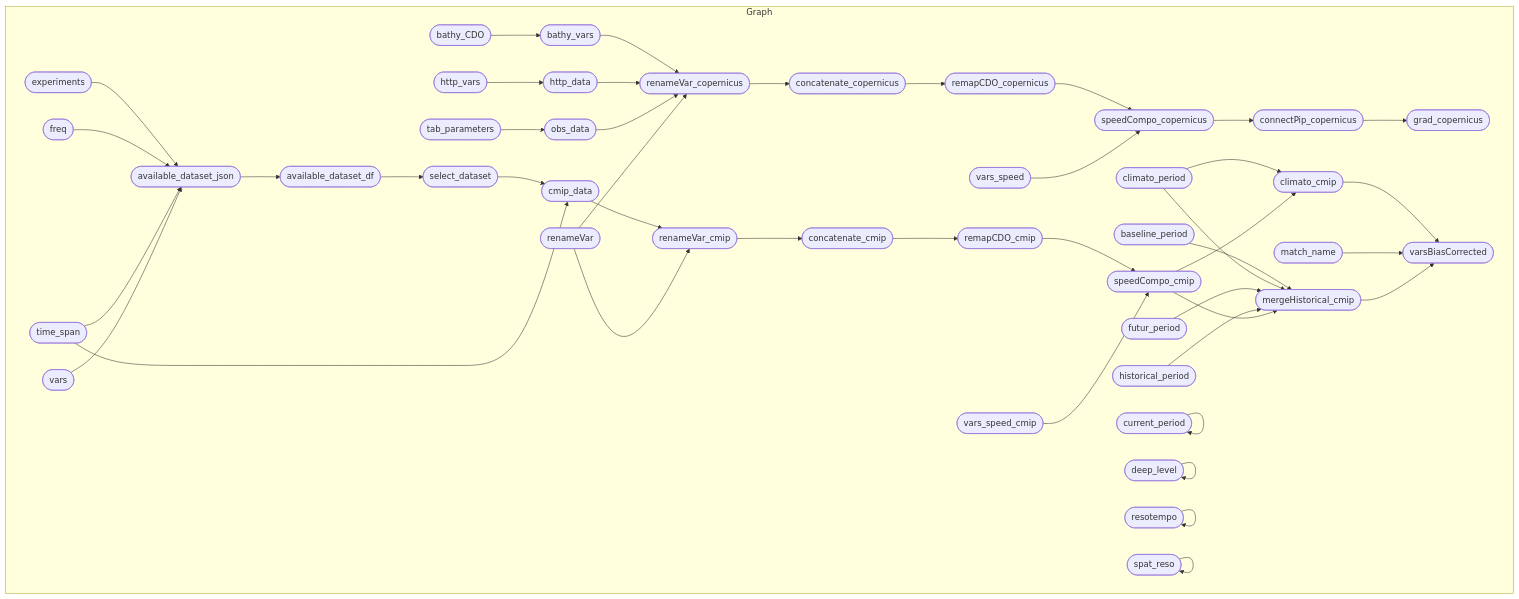
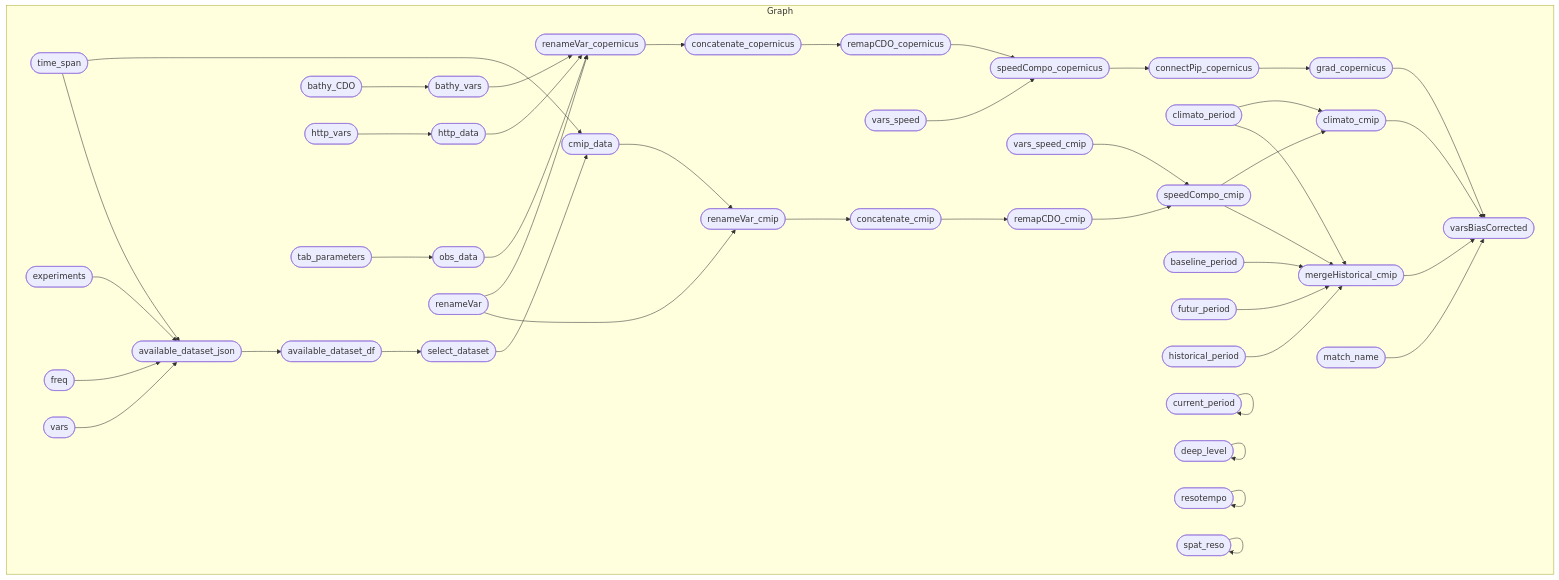
One commit to r-fernandezz/downshape changed the diagram in README.md. Above: the diagram before and after it, drawn with Mermaid. The commit also changed 2 other files, not shown here.

Commit message:
📝 DOC: connect the two pipelines "copernicus" and "cmip6" on mermaid graph

````diff
--- a/README.md
+++ b/README.md
@@ -25,47 +25,48 @@
 ``` mermaid
 graph LR
   subgraph Graph
     direction LR
     x6fcf9b0e7fc429ff(["available_dataset_json"]):::uptodate --> xe895740a9b7896f7(["available_dataset_df"]):::uptodate
     x3f5ab24ee8d242b4(["select_dataset"]):::uptodate --> xd8e5f2013a341013(["cmip_data"]):::uptodate
     x2c0118dd07b06ac8(["time_span"]):::uptodate --> xd8e5f2013a341013(["cmip_data"]):::uptodate
     xf4b49e2ba07661b1(["remapCDO_cmip"]):::uptodate --> xe5de19f3be59da20(["speedCompo_cmip"]):::uptodate
     x7a197bdf5f12681a(["vars_speed_cmip"]):::uptodate --> xe5de19f3be59da20(["speedCompo_cmip"]):::uptodate
     xec6283d15a25ed08(["remapCDO_copernicus"]):::outdated --> xfc6ed28680e5db72(["speedCompo_copernicus"]):::outdated
     xca459201a27e8460(["vars_speed"]):::uptodate --> xfc6ed28680e5db72(["speedCompo_copernicus"]):::outdated
     xf5c6fd225c377a3d(["bathy_CDO"]):::uptodate --> xb5817e1daca13dcc(["bathy_vars"]):::outdated
     xb5817e1daca13dcc(["bathy_vars"]):::outdated --> xe44467b2b079fc18(["renameVar_copernicus"]):::outdated
     x35b468daf9281b76(["http_data"]):::uptodate --> xe44467b2b079fc18(["renameVar_copernicus"]):::outdated
     xd7bca5ba4e5f539d(["obs_data"]):::outdated --> xe44467b2b079fc18(["renameVar_copernicus"]):::outdated
     xd15c82dcb79a7c2e(["renameVar"]):::uptodate --> xe44467b2b079fc18(["renameVar_copernicus"]):::outdated
     x4fe875b2492d0106(["concatenate_cmip"]):::uptodate --> xf4b49e2ba07661b1(["remapCDO_cmip"]):::uptodate
     xd8e5f2013a341013(["cmip_data"]):::uptodate --> x0262297569c18022(["renameVar_cmip"]):::uptodate
     xd15c82dcb79a7c2e(["renameVar"]):::uptodate --> x0262297569c18022(["renameVar_cmip"]):::uptodate
     x71e926299248ce3f(["http_vars"]):::uptodate --> x35b468daf9281b76(["http_data"]):::uptodate
     xbbe4eafa679df977(["climato_period"]):::uptodate --> x0c817e56268c947c(["climato_cmip"]):::uptodate
     xe5de19f3be59da20(["speedCompo_cmip"]):::uptodate --> x0c817e56268c947c(["climato_cmip"]):::uptodate
     xfc6ed28680e5db72(["speedCompo_copernicus"]):::outdated --> xd2707862cf793d3a(["connectPip_copernicus"]):::outdated
     xd2707862cf793d3a(["connectPip_copernicus"]):::outdated --> x37179b61a203cbd3(["grad_copernicus"]):::outdated
     x9289bfb53112cf3b(["concatenate_copernicus"]):::outdated --> xec6283d15a25ed08(["remapCDO_copernicus"]):::outdated
     xac02e5e58926353b(["experiments"]):::uptodate --> x6fcf9b0e7fc429ff(["available_dataset_json"]):::uptodate
     x906e78a8df9f52cb(["freq"]):::uptodate --> x6fcf9b0e7fc429ff(["available_dataset_json"]):::uptodate
     x2c0118dd07b06ac8(["time_span"]):::uptodate --> x6fcf9b0e7fc429ff(["available_dataset_json"]):::uptodate
     x8f15ec77b8dbd81a(["vars"]):::uptodate --> x6fcf9b0e7fc429ff(["available_dataset_json"]):::uptodate
     x21b09bf88a2ff147(["baseline_period"]):::uptodate --> xf21dac5ab86940da(["mergeHistorical_cmip"]):::uptodate
     xbbe4eafa679df977(["climato_period"]):::uptodate --> xf21dac5ab86940da(["mergeHistorical_cmip"]):::uptodate
     xbce5cad1cf7e7103(["futur_period"]):::uptodate --> xf21dac5ab86940da(["mergeHistorical_cmip"]):::uptodate
     x57dd1d5e854c11b6(["historical_period"]):::uptodate --> xf21dac5ab86940da(["mergeHistorical_cmip"]):::uptodate
     xe5de19f3be59da20(["speedCompo_cmip"]):::uptodate --> xf21dac5ab86940da(["mergeHistorical_cmip"]):::uptodate
     x0262297569c18022(["renameVar_cmip"]):::uptodate --> x4fe875b2492d0106(["concatenate_cmip"]):::uptodate
     x4301c707c2ab0cdc(["tab_parameters"]):::outdated --> xd7bca5ba4e5f539d(["obs_data"]):::outdated
     x0c817e56268c947c(["climato_cmip"]):::uptodate --> x178958aede3793d9(["varsBiasCorrected"]):::errored
+    x37179b61a203cbd3(["grad_copernicus"]):::outdated --> x178958aede3793d9(["varsBiasCorrected"]):::errored
     xab1c13260db879af(["match_name"]):::uptodate --> x178958aede3793d9(["varsBiasCorrected"]):::errored
     xf21dac5ab86940da(["mergeHistorical_cmip"]):::uptodate --> x178958aede3793d9(["varsBiasCorrected"]):::errored
     xe44467b2b079fc18(["renameVar_copernicus"]):::outdated --> x9289bfb53112cf3b(["concatenate_copernicus"]):::outdated
     xe895740a9b7896f7(["available_dataset_df"]):::uptodate --> x3f5ab24ee8d242b4(["select_dataset"]):::uptodate
     x084994fb0e480676(["current_period"]):::uptodate --> x084994fb0e480676(["current_period"]):::uptodate
     x625f066a5f205ec8(["deep_level"]):::uptodate --> x625f066a5f205ec8(["deep_level"]):::uptodate
     x55a14a7f5821bbec(["resotempo"]):::uptodate --> x55a14a7f5821bbec(["resotempo"]):::uptodate
     xe73cbbcc20086ecd(["spat_reso"]):::uptodate --> xe73cbbcc20086ecd(["spat_reso"]):::uptodate
   end
 ```
````
